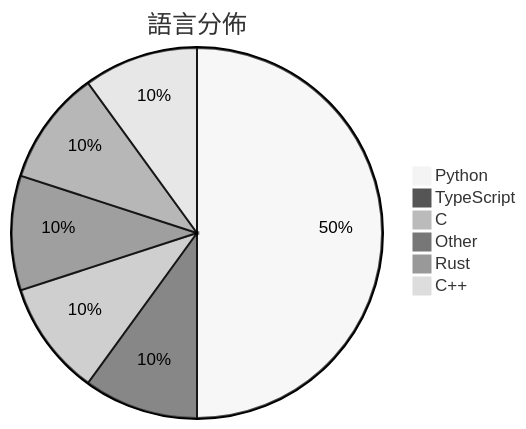
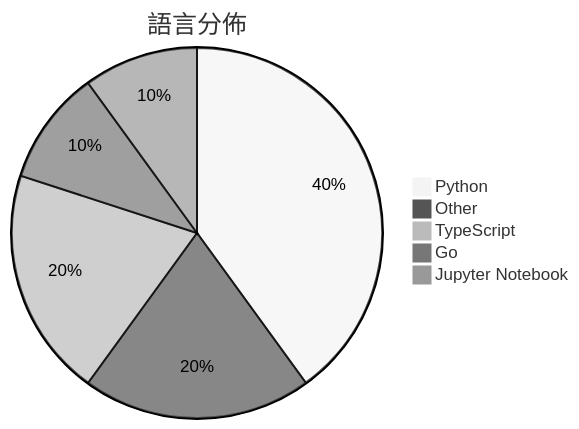
Before and after one commit to Lucasnocodo/github-trending-obsidian: the diagram in Daily/2026-03-10.md, drawn with Mermaid (neutral theme). The commit also changed other lines of this file and 32 other files, not shown here.

````diff
--- a/Daily/2026-03-10.md
+++ b/Daily/2026-03-10.md
@@ -20,9 +20,8 @@
 ```mermaid
 pie title 語言分佈
-    "Python" : 5
-    "TypeScript" : 1
-    "C" : 1
-    "Other" : 1
-    "Rust" : 1
-    "C++" : 1
+    "Python" : 4
+    "Other" : 2
+    "TypeScript" : 2
+    "Go" : 1
+    "Jupyter Notebook" : 1
 ```
````
